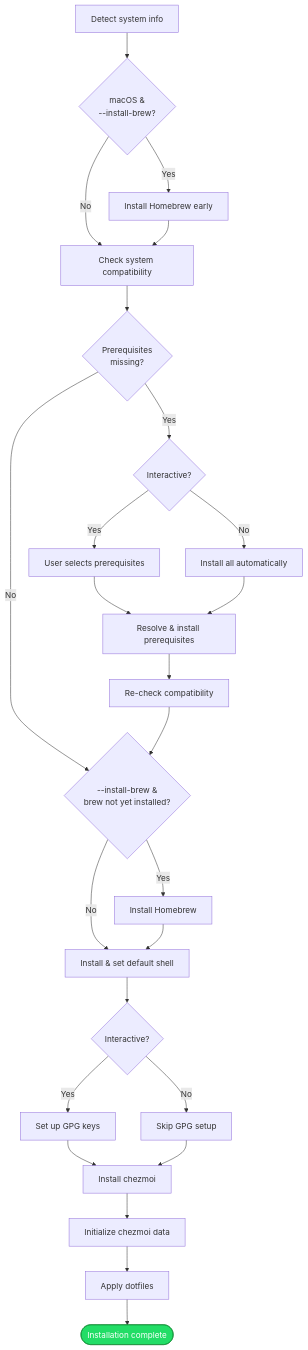
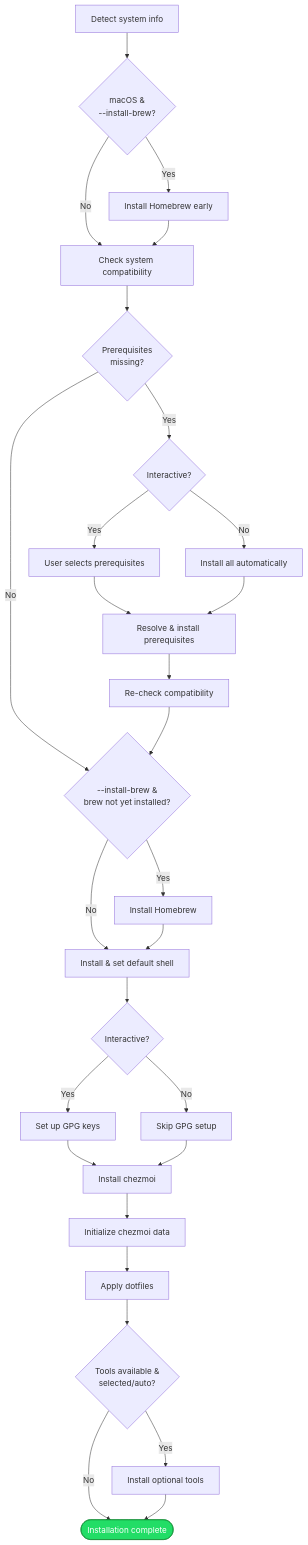
One commit to MrPointer/dotfiles changed the diagram in docs/processes/installation.md. Above: the diagram before and after it, drawn with Mermaid. The commit also changed other lines of this file and 44 other files, not shown here.

First line of the commit message:
Add optional tools installation step (#21)

````diff
--- a/docs/processes/installation.md
+++ b/docs/processes/installation.md
@@ -20,29 +20,32 @@
 ```mermaid
 flowchart TD
     A[Detect system info] --> B{macOS &<br>--install-brew?}
     B -- Yes --> C[Install Homebrew early]
     B -- No --> D
     C --> D[Check system compatibility]
     D --> E{Prerequisites<br>missing?}
     E -- No --> H
     E -- Yes --> F{Interactive?}
     F -- Yes --> F1[User selects prerequisites]
     F -- No --> F2[Install all automatically]
     F1 --> G[Resolve & install prerequisites]
     F2 --> G
     G --> G1[Re-check compatibility]
     G1 --> H{--install-brew &<br>brew not yet installed?}
     H -- Yes --> I[Install Homebrew]
     H -- No --> J
     I --> J[Install & set default shell]
     J --> K{Interactive?}
     K -- Yes --> L[Set up GPG keys]
     K -- No --> M[Skip GPG setup]
     L --> N
     M --> N[Install chezmoi]
     N --> O[Initialize chezmoi data]
     O --> P[Apply dotfiles]
-    P --> Q([Installation complete])
+    P --> R{Tools available &<br>selected/auto?}
+    R -- Yes --> S[Install optional tools]
+    R -- No --> Q
+    S --> Q([Installation complete])
 
     style Q fill:#2d6,stroke:#183,color:#fff
 ```
````
